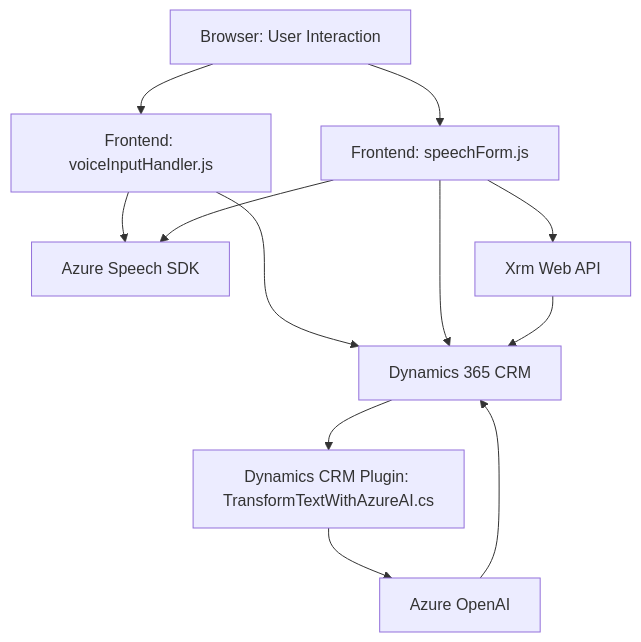
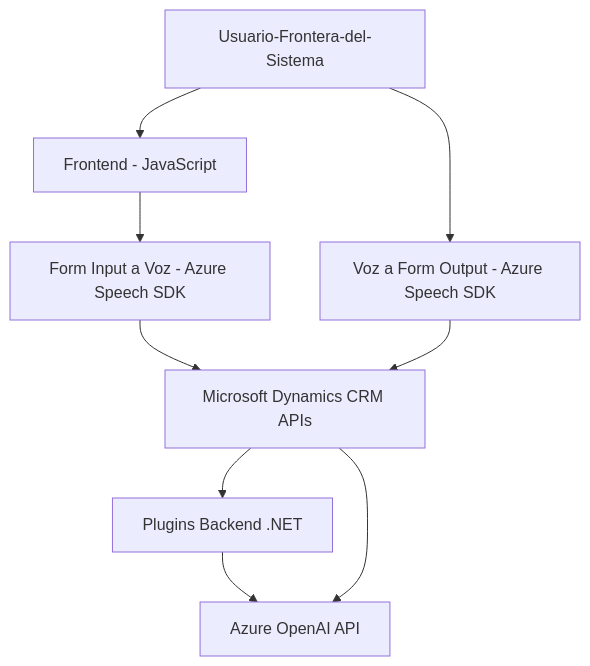
Before and after one commit to blopezdm/NETCORE_BILBAO2025: the diagram in README.md, drawn with Mermaid. The commit also changed other lines of this file, not shown here.

````diff
--- a/README.md
+++ b/README.md
@@ -46,23 +56,18 @@
 ```mermaid
 graph TD
-    A["Frontend: voiceInputHandler.js"]
-    B["Frontend: speechForm.js"]
-    C["Azure Speech SDK"]
-    D["Dynamics CRM Plugin: TransformTextWithAzureAI.cs"]
-    E["Azure OpenAI"]
-    F["Dynamics 365 CRM"]
-    G["Browser: User Interaction"]
-    H["Xrm Web API"]
+    A["Usuario-Frontera-del-Sistema"]
+    B["Frontend - JavaScript"]
+    C1["Form Input a Voz - Azure Speech SDK"]
+    C2["Voz a Form Output - Azure Speech SDK"]
+    D["Microsoft Dynamics CRM APIs"]
+    E["Plugins Backend .NET"]
+    F["Azure OpenAI API"]
 
-    G --> A
-    G --> B
-    A --> C
-    B --> C
-    A --> F
-    B --> F
-    F --> D
-    D --> E
-    B --> H
-    H --> F
-    E --> F
+    A-->B-->C1
+    A-->C2
+    C1-->D
+    C2-->D
+    D-->E
+    E-->F
+    D-->F
 ```
````
